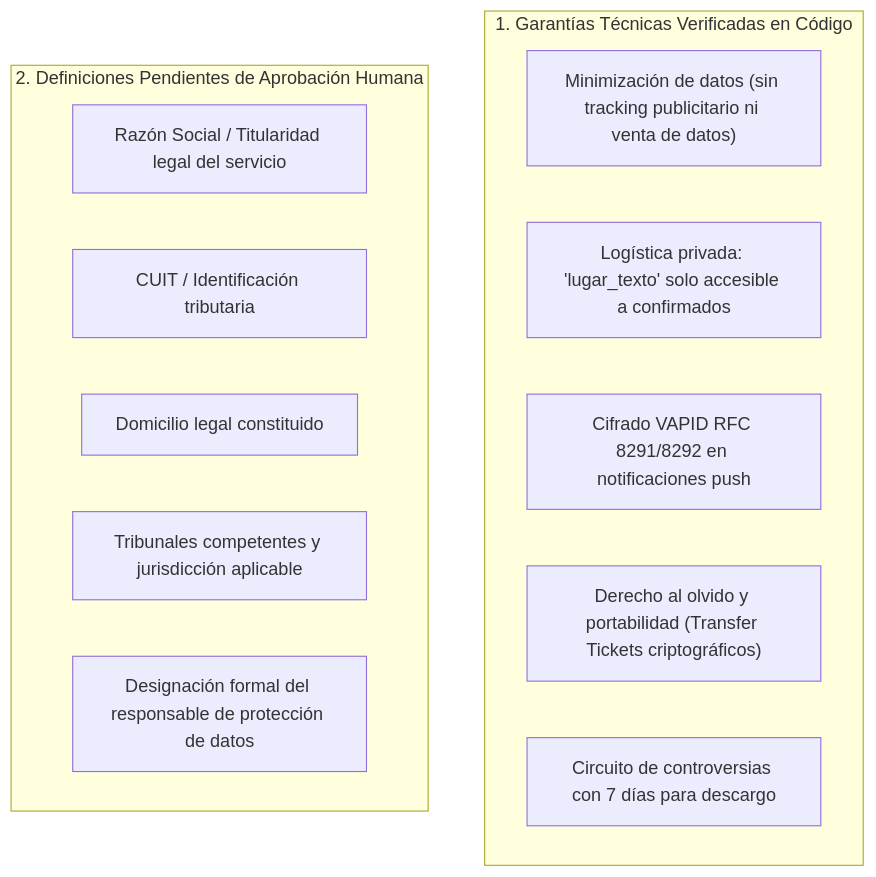
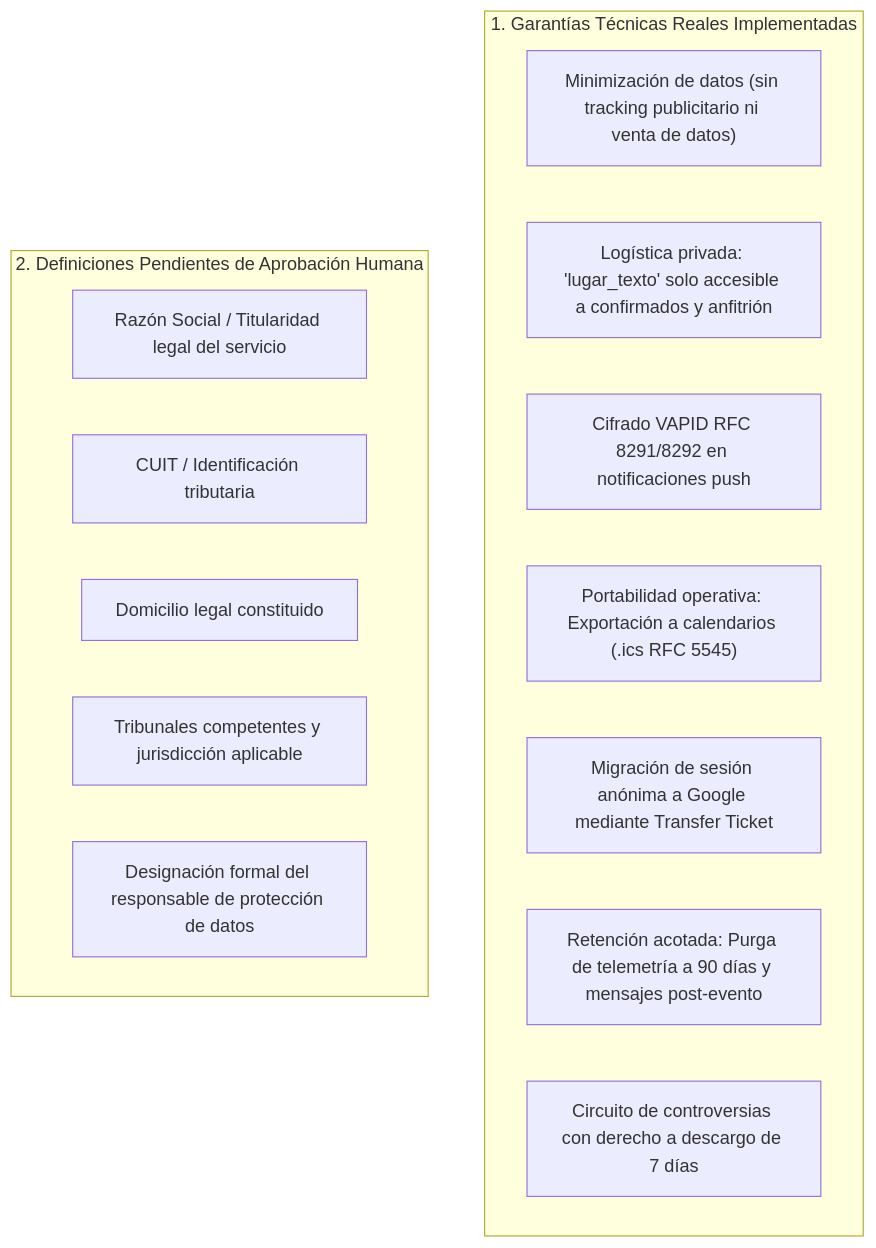
Before and after one commit to puntoxlabs/puntoencuentro: the diagram in docs/PROPUESTA_PAGINAS_LEGALES_V1.md, drawn with Mermaid. The commit also changed other lines of this file and 1 other file, not shown here.

Commit message:
docs(ops): corregir plan de promocion y delimitar capacidades reales en borradores legales

````diff
--- a/docs/PROPUESTA_PAGINAS_LEGALES_V1.md
+++ b/docs/PROPUESTA_PAGINAS_LEGALES_V1.md
@@ -13,17 +13,19 @@
 ```mermaid
 flowchart TD
-    subgraph Tecnica ["1. Garantías Técnicas Verificadas en Código"]
+    subgraph Tecnica ["1. Garantías Técnicas Reales Implementadas"]
         T1["Minimización de datos (sin tracking publicitario ni venta de datos)"]
-        T2["Logística privada: 'lugar_texto' solo accesible a confirmados"]
+        T2["Logística privada: 'lugar_texto' solo accesible a confirmados y anfitrión"]
         T3["Cifrado VAPID RFC 8291/8292 en notificaciones push"]
-        T4["Derecho al olvido y portabilidad (Transfer Tickets criptográficos)"]
-        T5["Circuito de controversias con 7 días para descargo"]
+        T4["Portabilidad operativa: Exportación a calendarios (.ics RFC 5545)"]
+        T5["Migración de sesión anónima a Google mediante Transfer Ticket"]
+        T6["Retención acotada: Purga de telemetría a 90 días y mensajes post-evento"]
+        T7["Circuito de controversias con derecho a descargo de 7 días"]
     end
     subgraph Humana ["2. Definiciones Pendientes de Aprobación Humana"]
         H1["Razón Social / Titularidad legal del servicio"]
         H2["CUIT / Identificación tributaria"]
         H3["Domicilio legal constituido"]
         H4["Tribunales competentes y jurisdicción aplicable"]
         H5["Designación formal del responsable de protección de datos"]
     end
 ```
````
